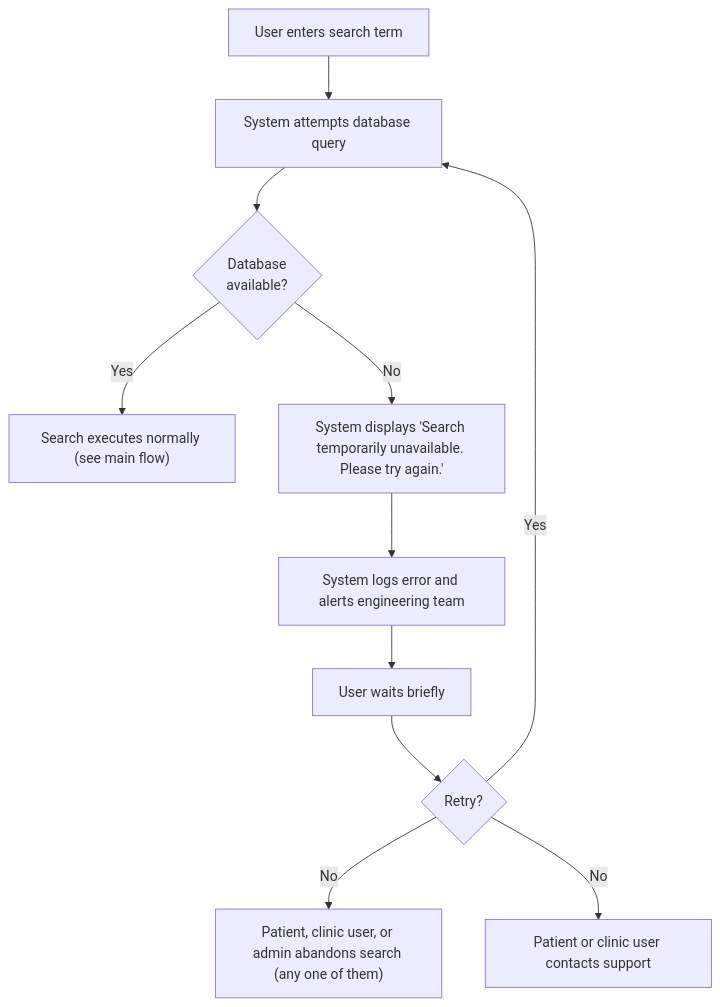
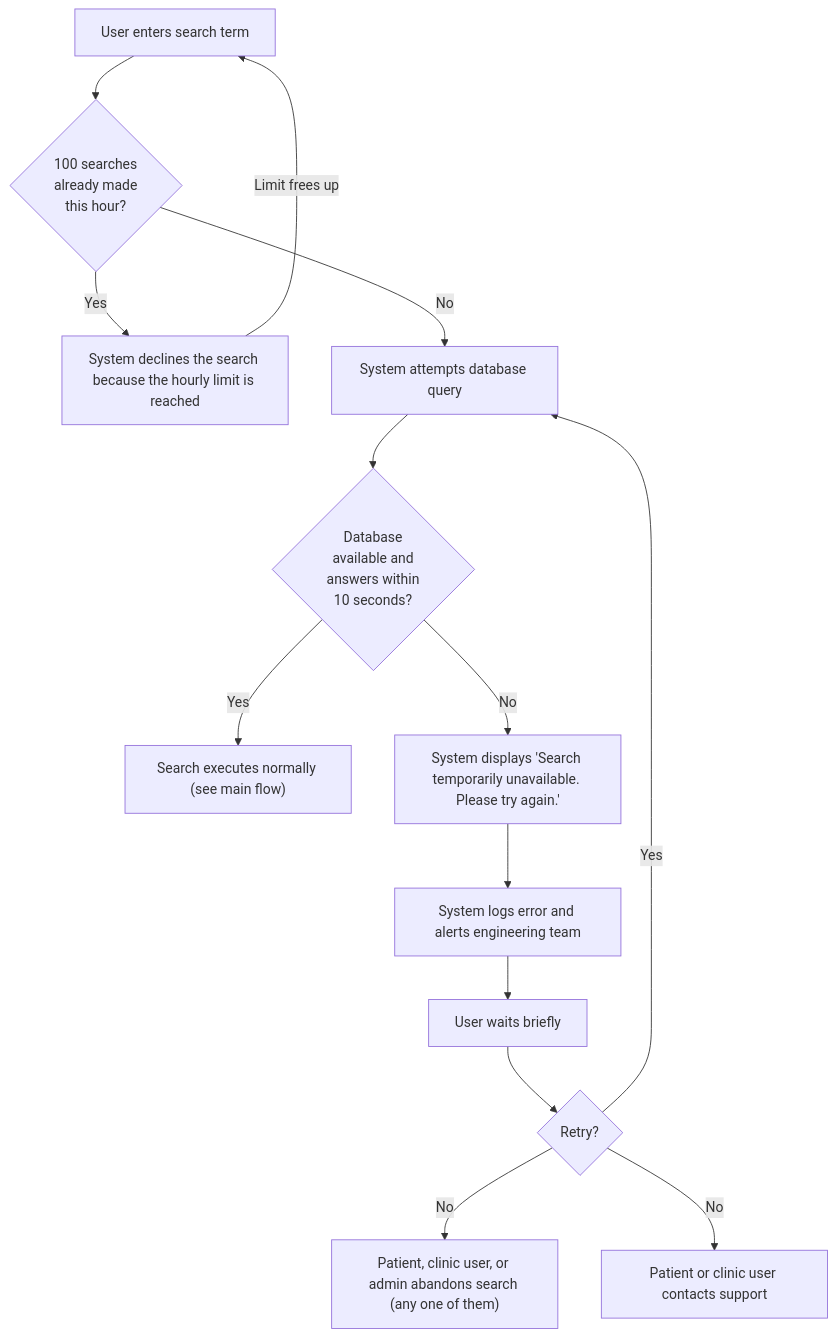
The eighth of 8 diagrams in project-requirements/functional-requirements/fr022-search-filtering/prd.md (joachimtrungtuan/hairline-pm-docs), drawn with Mermaid before and after one commit. The commit also changed other lines of this file and 6 other files, not shown here.

Commit message:
docs(fr022): apply logic review pass 1 fixes to PRD and graph

````diff
--- a/project-requirements/functional-requirements/fr022-search-filtering/prd.md
+++ b/project-requirements/functional-requirements/fr022-search-filtering/prd.md
@@ -301,13 +303,16 @@
 ```mermaid
 flowchart TD
-  ENTER["User enters search term"] --> ATTEMPT["System attempts database query"]
-  ATTEMPT --> STATUS{"Database\navailable?"}
+  ENTER["User enters search term"] --> LIMIT{"100 searches\nalready made\nthis hour?"}
+  LIMIT -- "Yes" --> BLOCKED["System declines the search because the hourly limit is reached"]
+  BLOCKED -- "Limit frees up" --> ENTER
+  LIMIT -- "No" --> ATTEMPT["System attempts database query"]
+  ATTEMPT --> STATUS{"Database\navailable and\nanswers within\n10 seconds?"}
   STATUS -- "Yes" --> SUCCESS["Search executes normally (see main flow)"]
   STATUS -- "No" --> FAIL["System displays 'Search temporarily unavailable. Please try again.'"]
   FAIL --> LOG["System logs error and alerts engineering team"]
   LOG --> WAIT["User waits briefly"]
   WAIT --> RETRY{"Retry?"}
   RETRY -- "Yes" --> ATTEMPT
   RETRY -- "No" --> ABANDON["Patient, clinic user, or admin abandons search (any one of them)"]
   RETRY -- "No" --> SUPPORT["Patient or clinic user contacts support"]
 ```
````
